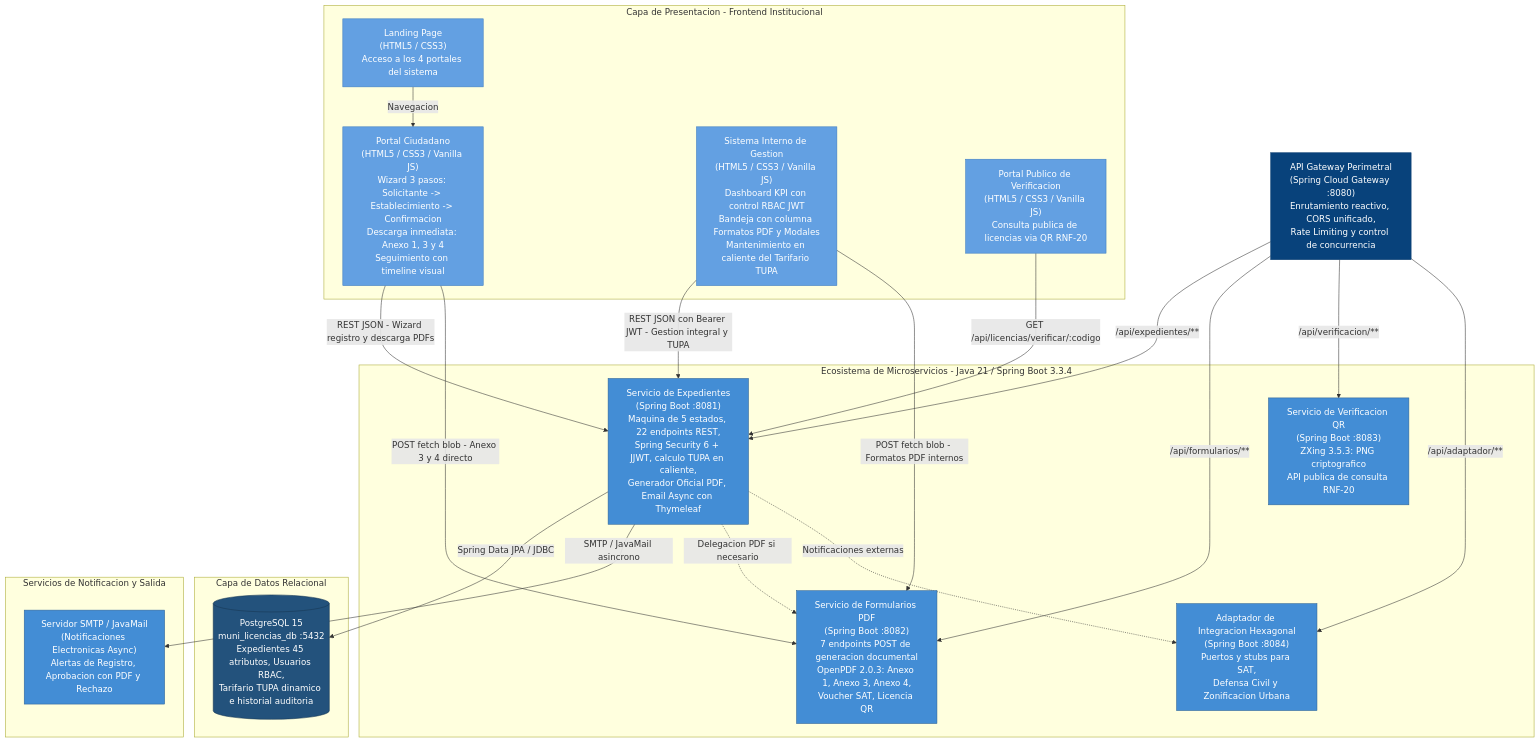
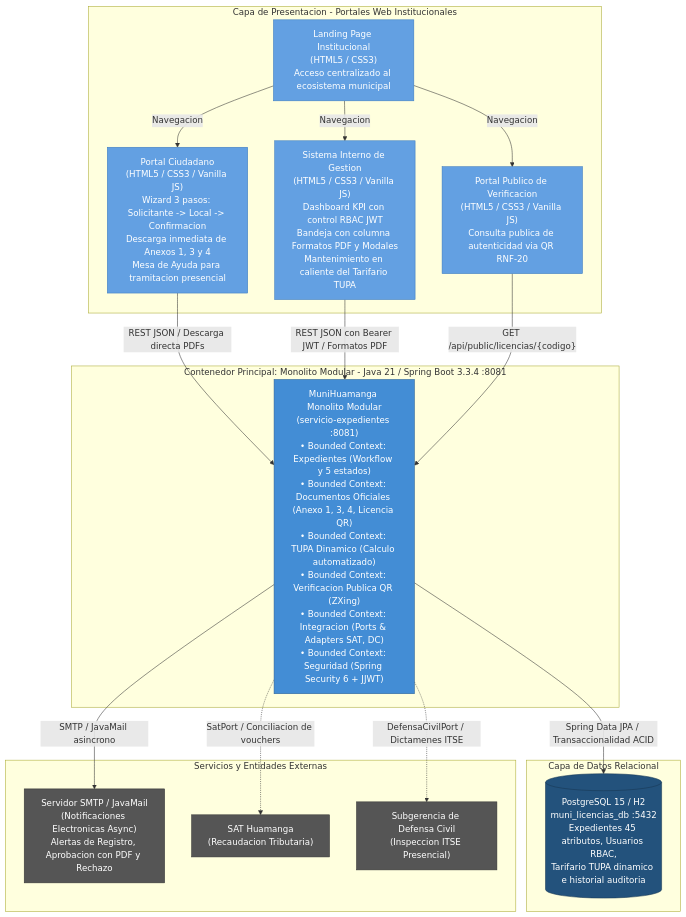
Before and after one commit to Issirc20/MuniHuamanga: the second of 5 diagrams in docs/arquitectura/c4-model.md, drawn with Mermaid. The commit also changed other lines of this file and 5 other files, not shown here.

Commit message:
docs(arquitectura): formalizar diseno Monolito Modular, modelo C4, flujo presencial Anexos 3 y 4 y sincronizar README

````diff
--- a/docs/arquitectura/c4-model.md
+++ b/docs/arquitectura/c4-model.md
@@ -52,48 +52,41 @@
 ```mermaid
 graph TD
     classDef container fill:#438dd5,stroke:#2e6295,color:#fff;
     classDef db fill:#23527c,stroke:#173752,color:#fff;
-    classDef gateway fill:#08427b,stroke:#073b6f,color:#fff;
     classDef frontend fill:#63a0e2,stroke:#3b7abf,color:#fff;
+    classDef ext fill:#555555,stroke:#333333,color:#fff;
 
-    subgraph CapaPresentacion [Capa de Presentacion - Frontend Institucional]
-        portalCiudadano["Portal Ciudadano<br>(HTML5 / CSS3 / Vanilla JS)<br>Wizard 3 pasos: Solicitante -> Establecimiento -> Confirmacion<br>Descarga inmediata: Anexo 1, 3 y 4<br>Seguimiento con timeline visual"]:::frontend
+    subgraph CapaPresentacion [Capa de Presentacion - Portales Web Institucionales]
+        portalCiudadano["Portal Ciudadano<br>(HTML5 / CSS3 / Vanilla JS)<br>Wizard 3 pasos: Solicitante -> Local -> Confirmacion<br>Descarga inmediata de Anexos 1, 3 y 4<br>Mesa de Ayuda para tramitacion presencial"]:::frontend
         portalInterno["Sistema Interno de Gestion<br>(HTML5 / CSS3 / Vanilla JS)<br>Dashboard KPI con control RBAC JWT<br>Bandeja con columna Formatos PDF y Modales<br>Mantenimiento en caliente del Tarifario TUPA"]:::frontend
-        portalVerificacion["Portal Publico de Verificacion<br>(HTML5 / CSS3 / Vanilla JS)<br>Consulta publica de licencias via QR RNF-20"]:::frontend
-        landing["Landing Page<br>(HTML5 / CSS3)<br>Acceso a los 4 portales del sistema"]:::frontend
+        portalVerificacion["Portal Publico de Verificacion<br>(HTML5 / CSS3 / Vanilla JS)<br>Consulta publica de autenticidad via QR RNF-20"]:::frontend
+        landing["Landing Page Institucional<br>(HTML5 / CSS3)<br>Acceso centralizado al ecosistema municipal"]:::frontend
     end
 
-    gateway["API Gateway Perimetral<br>(Spring Cloud Gateway :8080)<br>Enrutamiento reactivo, CORS unificado,<br>Rate Limiting y control de concurrencia"]:::gateway
-
-    subgraph Backend [Ecosistema de Microservicios - Java 21 / Spring Boot 3.3.4]
-        servicioExpedientes["Servicio de Expedientes<br>(Spring Boot :8081)<br>Maquina de 5 estados, 22 endpoints REST,<br>Spring Security 6 + JJWT, calculo TUPA en caliente,<br>Generador Oficial PDF, Email Async con Thymeleaf"]:::container
-        servicioFormularios["Servicio de Formularios PDF<br>(Spring Boot :8082)<br>7 endpoints POST de generacion documental<br>OpenPDF 2.0.3: Anexo 1, Anexo 3, Anexo 4,<br>Voucher SAT, Licencia QR"]:::container
-        servicioVerificacion["Servicio de Verificacion QR<br>(Spring Boot :8083)<br>ZXing 3.5.3: PNG criptografico<br>API publica de consulta RNF-20"]:::container
-        adaptadorIntegracion["Adaptador de Integracion Hexagonal<br>(Spring Boot :8084)<br>Puertos y stubs para SAT,<br>Defensa Civil y Zonificacion Urbana"]:::container
+    subgraph Backend [Contenedor Principal: Monolito Modular - Java 21 / Spring Boot 3.3.4 :8081]
+        monolito["MuniHuamanga Monolito Modular<br>(servicio-expedientes :8081)<br>• Bounded Context: Expedientes (Workflow y 5 estados)<br>• Bounded Context: Documentos Oficiales (Anexo 1, 3, 4, Licencia QR)<br>• Bounded Context: TUPA Dinamico (Calculo automatizado)<br>• Bounded Context: Verificacion Publica QR (ZXing)<br>• Bounded Context: Integracion (Ports & Adapters SAT, DC)<br>• Bounded Context: Seguridad (Spring Security 6 + JJWT)"]:::container
     end
 
     subgraph Persistencia [Capa de Datos Relacional]
-        postgres[("PostgreSQL 15<br>muni_licencias_db :5432<br>Expedientes 45 atributos, Usuarios RBAC,<br>Tarifario TUPA dinamico e historial auditoria")]:::db
+        postgres[("PostgreSQL 15 / H2<br>muni_licencias_db :5432<br>Expedientes 45 atributos, Usuarios RBAC,<br>Tarifario TUPA dinamico e historial auditoria")]:::db
     end
 
-    subgraph Externos [Servicios de Notificacion y Salida]
-        smtpServer["Servidor SMTP / JavaMail<br>(Notificaciones Electronicas Async)<br>Alertas de Registro, Aprobacion con PDF y Rechazo"]:::container
+    subgraph Externos [Servicios y Entidades Externas]
+        smtpServer["Servidor SMTP / JavaMail<br>(Notificaciones Electronicas Async)<br>Alertas de Registro, Aprobacion con PDF y Rechazo"]:::ext
+        satExt["SAT Huamanga<br>(Recaudacion Tributaria)"]:::ext
+        dcExt["Subgerencia de Defensa Civil<br>(Inspeccion ITSE Presencial)"]:::ext
     end
 
-    portalCiudadano -->|"REST JSON - Wizard registro y descarga PDFs"| servicioExpedientes
-    portalCiudadano -->|"POST fetch blob - Anexo 3 y 4 directo"| servicioFormularios
-    portalInterno -->|"REST JSON con Bearer JWT - Gestion integral y TUPA"| servicioExpedientes
-    portalInterno -->|"POST fetch blob - Formatos PDF internos"| servicioFormularios
-    portalVerificacion -->|"GET /api/licencias/verificar/:codigo"| servicioExpedientes
     landing -->|"Navegacion"| portalCiudadano
+    landing -->|"Navegacion"| portalInterno
+    landing -->|"Navegacion"| portalVerificacion
 
-    gateway -->|"/api/expedientes/**"| servicioExpedientes
-    gateway -->|"/api/formularios/**"| servicioFormularios
-    gateway -->|"/api/verificacion/**"| servicioVerificacion
-    gateway -->|"/api/adaptador/**"| adaptadorIntegracion
+    portalCiudadano -->|"REST JSON / Descarga directa PDFs"| monolito
+    portalInterno -->|"REST JSON con Bearer JWT / Formatos PDF"| monolito
+    portalVerificacion -->|"GET /api/public/licencias/{codigo}"| monolito
 
-    servicioExpedientes -->|"Spring Data JPA / JDBC"| postgres
-    servicioExpedientes -->|"SMTP / JavaMail asincrono"| smtpServer
-    servicioExpedientes -.->|"Delegacion PDF si necesario"| servicioFormularios
-    servicioExpedientes -.->|"Notificaciones externas"| adaptadorIntegracion
+    monolito -->|"Spring Data JPA / Transaccionalidad ACID"| postgres
+    monolito -->|"SMTP / JavaMail asincrono"| smtpServer
+    monolito -.->|"SatPort / Conciliacion de vouchers"| satExt
+    monolito -.->|"DefensaCivilPort / Dictamenes ITSE"| dcExt
 ```
````
